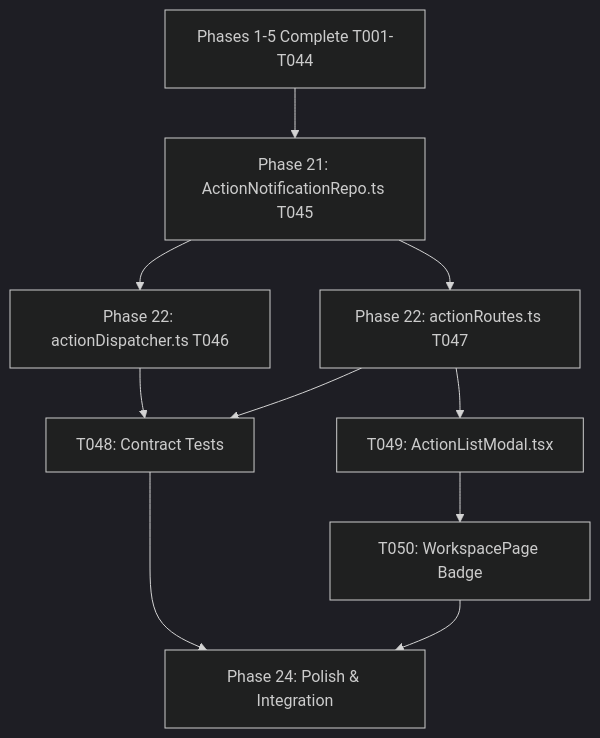
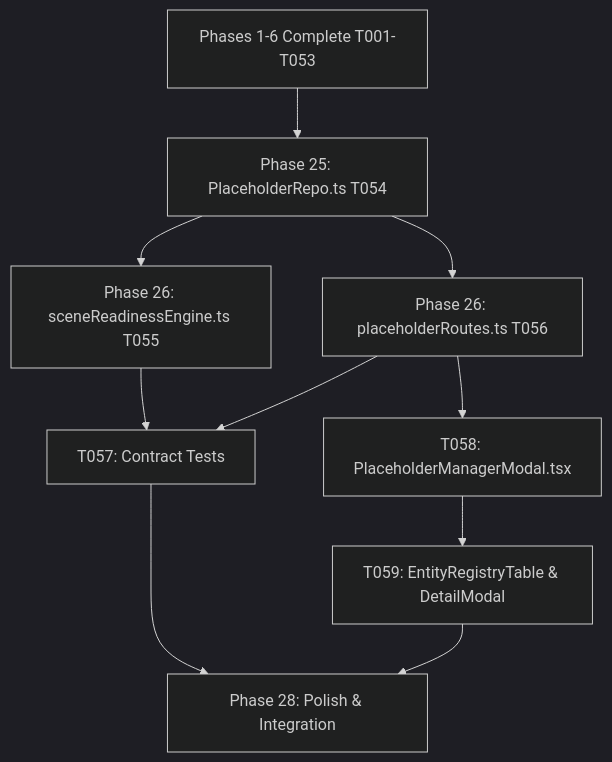
Before and after one commit to fmcgoohan/clearancescout: the diagram in specs/016-production-clearance-model/tasks.md, drawn with Mermaid (dark theme). The commit also changed other lines of this file, not shown here.

Commit message:
docs(tasks): append Phase 7 generalized replacement and placeholder tasks to 016-production-clearance-model

````diff
--- a/specs/016-production-clearance-model/tasks.md
+++ b/specs/016-production-clearance-model/tasks.md
@@ -238,12 +286,12 @@
 ```mermaid
 graph TD
-    Phases1to5[Phases 1-5 Complete T001-T044] --> Phase21[Phase 21: ActionNotificationRepo.ts T045]
-    Phase21 --> Phase22_Dispatcher[Phase 22: actionDispatcher.ts T046]
-    Phase21 --> Phase22_Routes[Phase 22: actionRoutes.ts T047]
-    Phase22_Dispatcher --> US6_Tests[T048: Contract Tests]
-    Phase22_Routes --> US6_Tests
-    Phase22_Routes --> US6_UI_Modal[T049: ActionListModal.tsx]
-    US6_UI_Modal --> US6_UI_Workspace[T050: WorkspacePage Badge]
-    US6_Tests --> Phase24[Phase 24: Polish & Integration]
-    US6_UI_Workspace --> Phase24
+    Phases1to6[Phases 1-6 Complete T001-T053] --> Phase25[Phase 25: PlaceholderRepo.ts T054]
+    Phase25 --> Phase26_Engine[Phase 26: sceneReadinessEngine.ts T055]
+    Phase25 --> Phase26_Routes[Phase 26: placeholderRoutes.ts T056]
+    Phase26_Engine --> US7_Tests[T057: Contract Tests]
+    Phase26_Routes --> US7_Tests
+    Phase26_Routes --> US7_UI_Modal[T058: PlaceholderManagerModal.tsx]
+    US7_UI_Modal --> US7_UI_Registry[T059: EntityRegistryTable & DetailModal]
+    US7_Tests --> Phase28[Phase 28: Polish & Integration]
+    US7_UI_Registry --> Phase28
 ```
````
